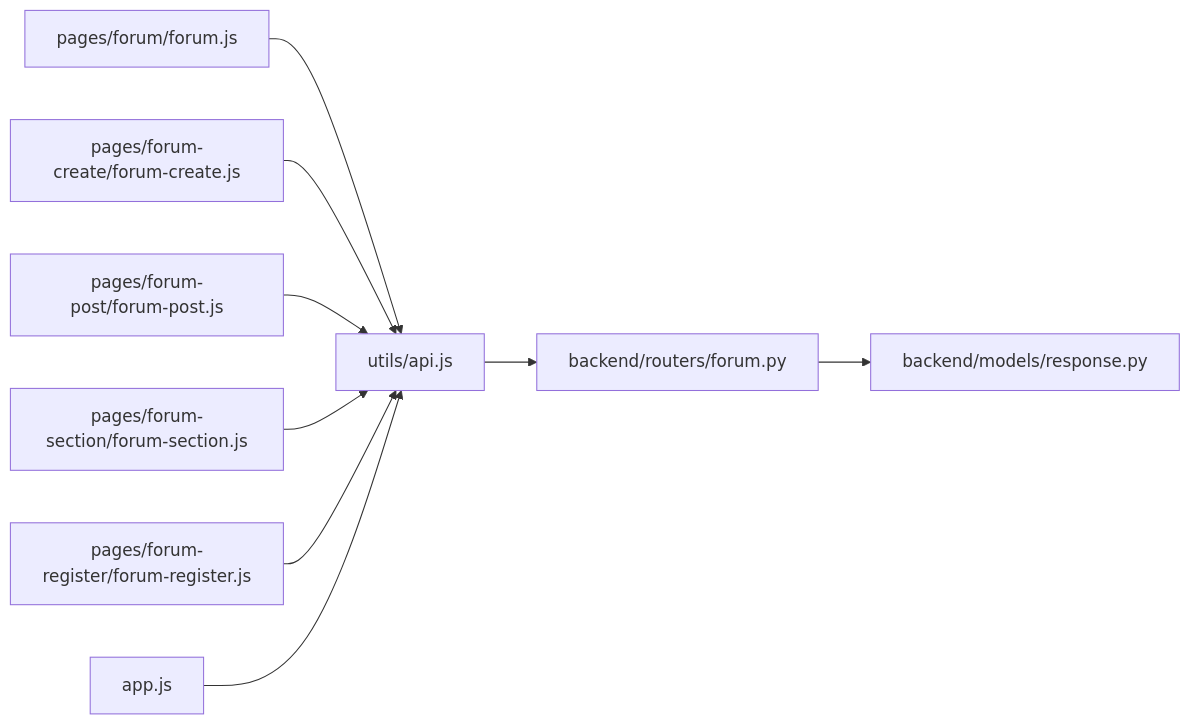
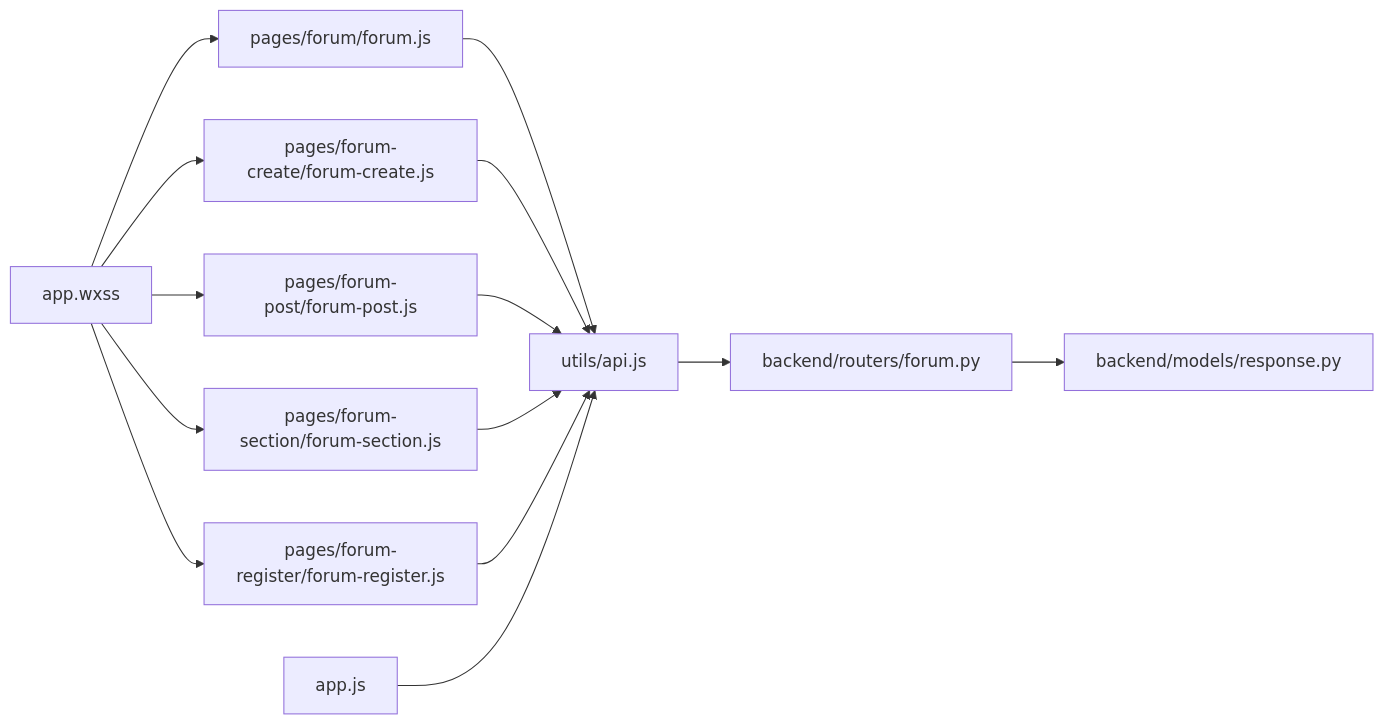
The eighth of 8 diagrams in .qoder/repowiki/zh/content/微信小程序前端/内容管理页面/论坛系统.md (jianai0330/Fast-F1), drawn with Mermaid before and after one commit. The commit also changed other lines of this file and 22 other files, not shown here.

````diff
--- a/.qoder/repowiki/zh/content/微信小程序前端/内容管理页面/论坛系统.md
+++ b/.qoder/repowiki/zh/content/微信小程序前端/内容管理页面/论坛系统.md
@@ -384,11 +487,16 @@
 ```mermaid
 graph LR
 A_js["pages/forum/forum.js"] --> A_api["utils/api.js"]
 B_js["pages/forum-create/forum-create.js"] --> A_api
 C_js["pages/forum-post/forum-post.js"] --> A_api
 D_js["pages/forum-section/forum-section.js"] --> A_api
 E_js["pages/forum-register/forum-register.js"] --> A_api
 A_api --> B_py["backend/routers/forum.py"]
 B_py --> C_resp["backend/models/response.py"]
 A_app["app.js"] --> A_api
+A_global["app.wxss"] --> A_js
+A_global --> B_js
+A_global --> C_js
+A_global --> D_js
+A_global --> E_js
 ```
````
